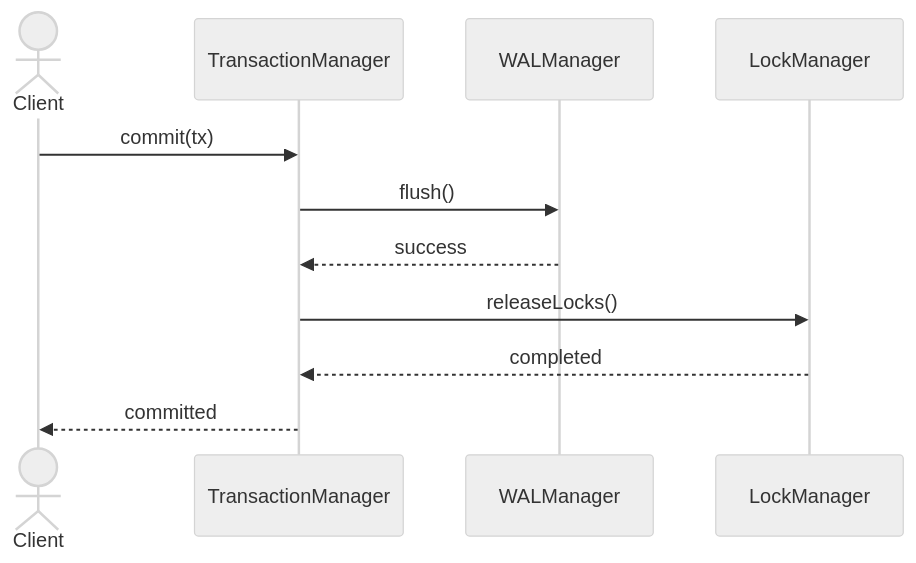
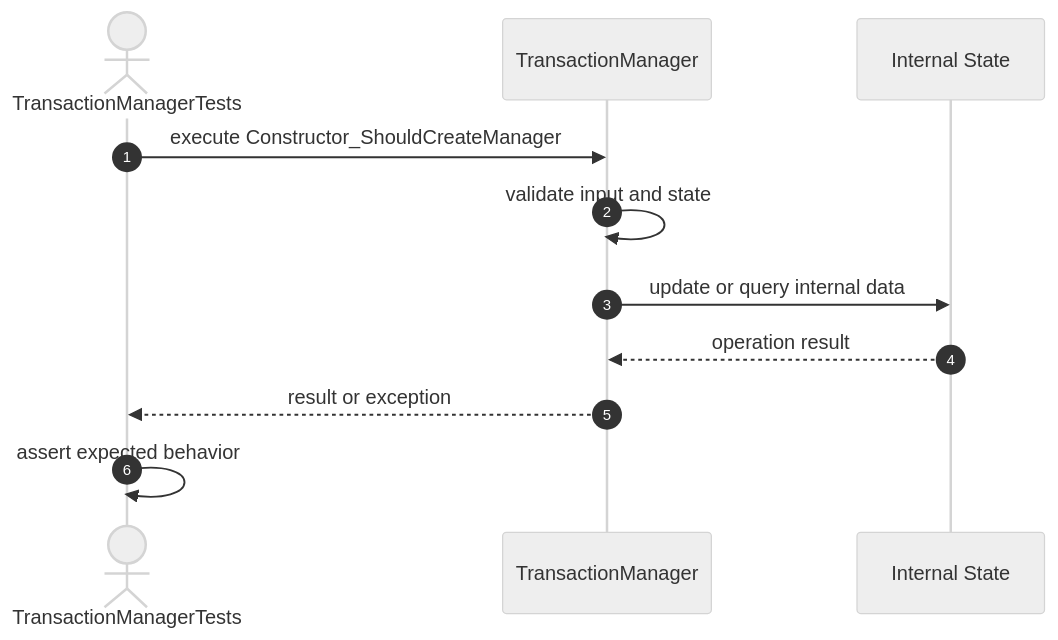
Before and after one commit to FhuAnn/-bbv-AN-s-DBMS: the second of 19 diagrams in src/tests/unit/transaction/sequences/transactionmanager-testing.se.md, drawn with Mermaid (neutral theme). The commit also changed other lines of this file and 36 other files, not shown here.

````diff
--- a/src/tests/unit/transaction/sequences/transactionmanager-testing.se.md
+++ b/src/tests/unit/transaction/sequences/transactionmanager-testing.se.md
@@ -23,19 +20,14 @@
 ```mermaid
 sequenceDiagram
-actor Client
-participant TransactionManager
-participant WALManager
-participant LockManager
+    autonumber
+    actor Test as TransactionManagerTests
+    participant Target as TransactionManager
+    participant State as Internal State
 
-Client->>TransactionManager: commit(tx)
-
-TransactionManager->>WALManager: flush()
-
-WALManager-->>TransactionManager: success
-
-TransactionManager->>LockManager: releaseLocks()
-
-LockManager-->>TransactionManager: completed
-
-TransactionManager-->>Client: committed
+    Test->>Target: execute Constructor_ShouldCreateManager
+    Target->>Target: validate input and state
+    Target->>State: update or query internal data
+    State-->>Target: operation result
+    Target-->>Test: result or exception
+    Test->>Test: assert expected behavior
 ```
````
